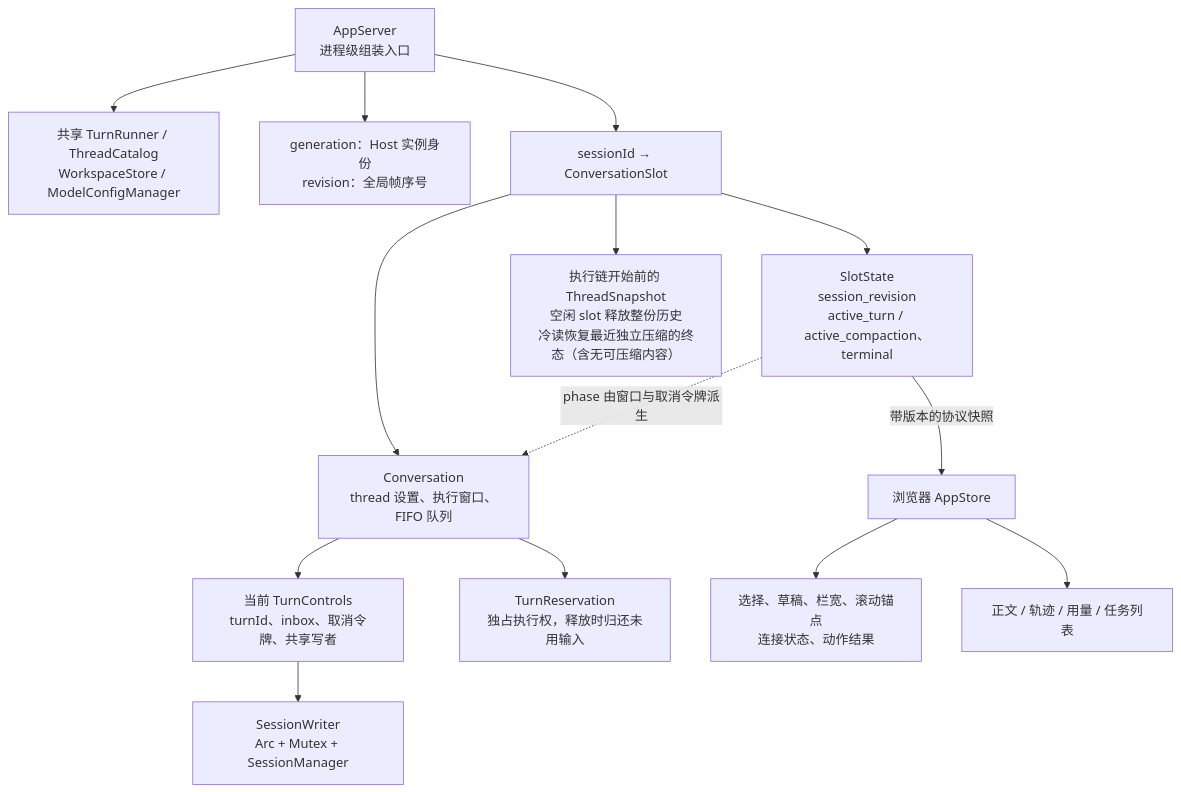
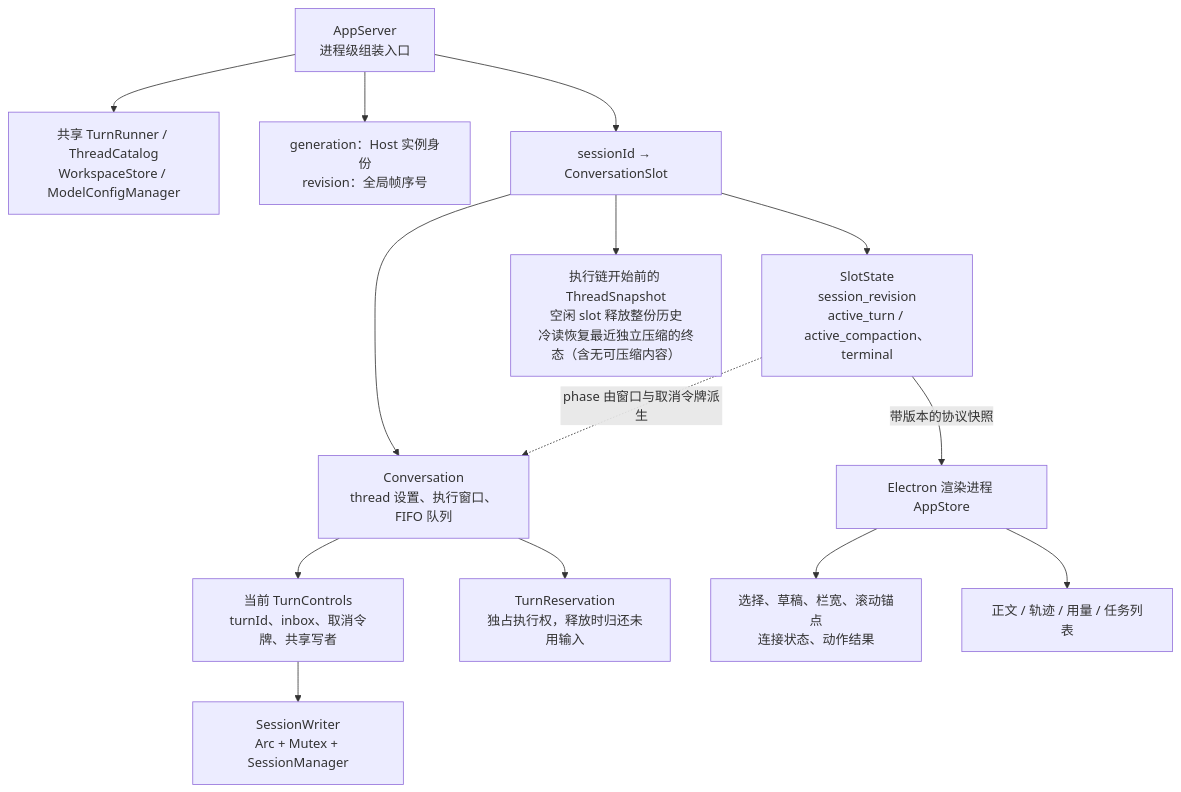
Before and after one commit to qjcnmd/singularity-agent: the fifth of 29 diagrams in docs/architecture.md, drawn with Mermaid. The commit also changed other lines of this file and 193 other files, not shown here.

````diff
--- a/docs/architecture.md
+++ b/docs/architecture.md
@@ -132,16 +132,16 @@
 ```mermaid
 flowchart TB
     WB["AppServer<br/>进程级组装入口"] --> Shared["共享 TurnRunner / ThreadCatalog<br/>WorkspaceStore / ModelConfigManager"]
     WB --> Order["generation：Host 实例身份<br/>revision：全局帧序号"]
     WB --> Slots["sessionId → ConversationSlot"]
     Slots --> Conv["Conversation<br/>thread 设置、执行窗口、FIFO 队列"]
     Slots --> Projection["SlotState<br/>session_revision<br/>active_turn / active_compaction、terminal"]
     Slots --> Stable["执行链开始前的 ThreadSnapshot<br/>空闲 slot 释放整份历史<br/>冷读恢复最近独立压缩的终态（含无可压缩内容）"]
     Conv --> Running["当前 TurnControls<br/>turnId、inbox、取消令牌、共享写者"]
     Conv --> Reservation["TurnReservation<br/>独占执行权，释放时归还未用输入"]
     Running --> Writer["SessionWriter<br/>Arc + Mutex + SessionManager"]
     Projection -. "phase 由窗口与取消令牌派生" .-> Conv
-    Projection -->|"带版本的协议快照"| Store["浏览器 AppStore"]
+    Projection -->|"带版本的协议快照"| Store["Electron 渲染进程 AppStore"]
     Store --> UIState["选择、草稿、栏宽、滚动锚点<br/>连接状态、动作结果"]
     Store --> Views["正文 / 轨迹 / 用量 / 任务列表"]
 ```
````
